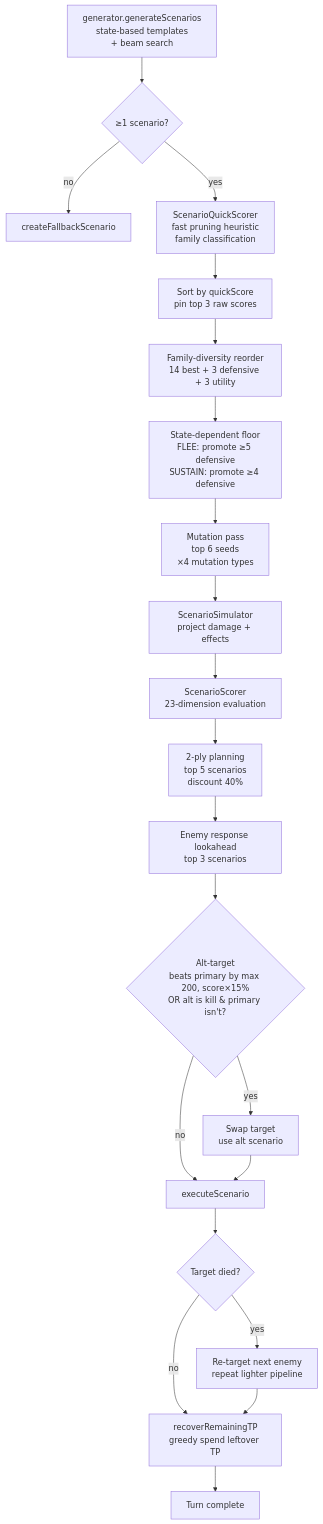
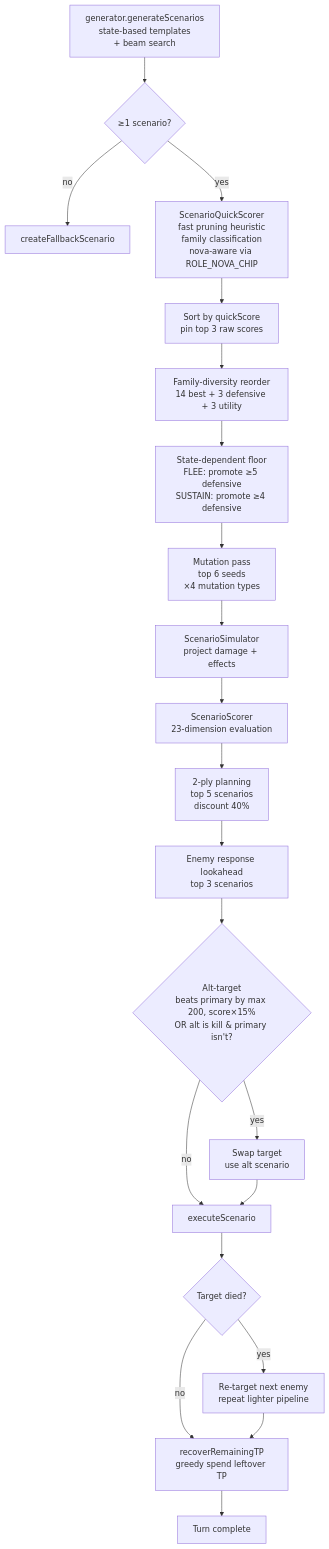
The third of 9 diagrams in docs/decision_schema.md (tankyx/LeekWars-AI), drawn with Mermaid before and after one commit. The commit also changed other lines of this file and 6 other files, not shown here.

````diff
--- a/docs/decision_schema.md
+++ b/docs/decision_schema.md
@@ -94,23 +94,23 @@
 ```mermaid
 flowchart TD
     G[generator.generateScenarios<br/>state-based templates<br/>+ beam search] --> Z{≥1 scenario?}
     Z -->|no| FB[createFallbackScenario]
-    Z -->|yes| QS[ScenarioQuickScorer<br/>fast pruning heuristic<br/>family classification]
+    Z -->|yes| QS[ScenarioQuickScorer<br/>fast pruning heuristic<br/>family classification<br/>nova-aware via ROLE_NOVA_CHIP]
     QS --> SORT[Sort by quickScore<br/>pin top 3 raw scores]
     SORT --> DIV[Family-diversity reorder<br/>14 best + 3 defensive + 3 utility]
     DIV --> SDF[State-dependent floor<br/>FLEE: promote ≥5 defensive<br/>SUSTAIN: promote ≥4 defensive]
     SDF --> MUT[Mutation pass<br/>top 6 seeds<br/>×4 mutation types]
     MUT --> SIM[ScenarioSimulator<br/>project damage + effects]
     SIM --> SCR[ScenarioScorer<br/>23-dimension evaluation]
     SCR --> TPL[2-ply planning<br/>top 5 scenarios<br/>discount 40%]
     TPL --> LK[Enemy response lookahead<br/>top 3 scenarios]
     LK --> ALT{Alt-target<br/>beats primary by max 200, score×15%<br/>OR alt is kill & primary isn't?}
     ALT -->|yes| SWAP[Swap target<br/>use alt scenario]
     ALT -->|no| EXEC
     SWAP --> EXEC[executeScenario]
     EXEC --> KILLED{Target died?}
     KILLED -->|yes| RT[Re-target next enemy<br/>repeat lighter pipeline]
     KILLED -->|no| REC[recoverRemainingTP<br/>greedy spend leftover TP]
     RT --> REC
     REC --> DONE[Turn complete]
 ```
````
